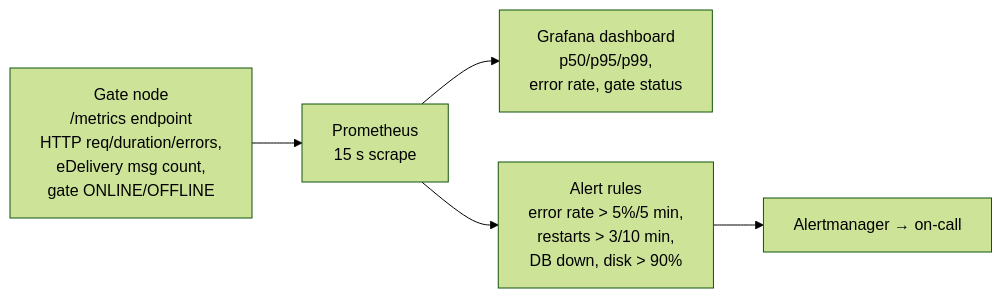
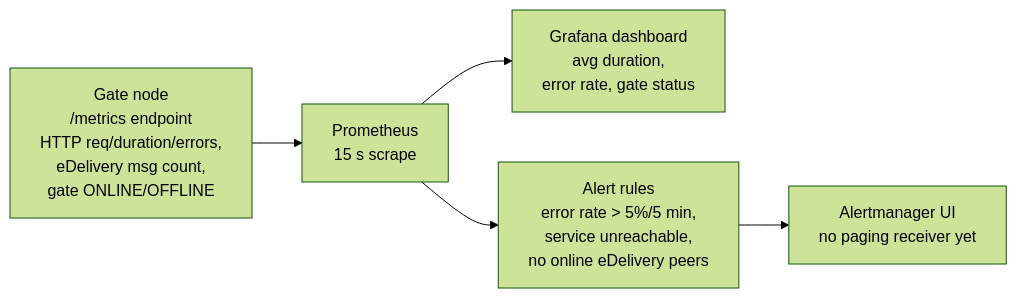
The diagram in docs/architecture/observability/monitoring_and_alerting.md (kemit-ee/efti-gate-ee), drawn with Mermaid (forest theme) before and after one commit. The commit also changed other lines of this file and 30 other files, not shown here.

First line of the commit message:
feat: Prometheus/Grafana/Alertmanager stack, ECS JSON logging, ops runbooks

````diff
--- a/docs/architecture/observability/monitoring_and_alerting.md
+++ b/docs/architecture/observability/monitoring_and_alerting.md
@@ -11,7 +28,7 @@
 ```mermaid
 flowchart LR
     Gate[Gate node<br/>/metrics endpoint<br/>HTTP req/duration/errors,<br/>eDelivery msg count,<br/>gate ONLINE/OFFLINE] --> Prom[Prometheus<br/>15 s scrape]
-    Prom --> Graf[Grafana dashboard<br/>p50/p95/p99,<br/>error rate, gate status]
-    Prom --> Rules[Alert rules<br/>error rate > 5%/5 min,<br/>restarts > 3/10 min,<br/>DB down, disk > 90%]
-    Rules --> Alert[Alertmanager → on-call]
+    Prom --> Graf[Grafana dashboard<br/>avg duration,<br/>error rate, gate status]
+    Prom --> Rules[Alert rules<br/>error rate > 5%/5 min,<br/>service unreachable,<br/>no online eDelivery peers]
+    Rules --> Alert[Alertmanager UI<br/>no paging receiver yet]
 ```
````
